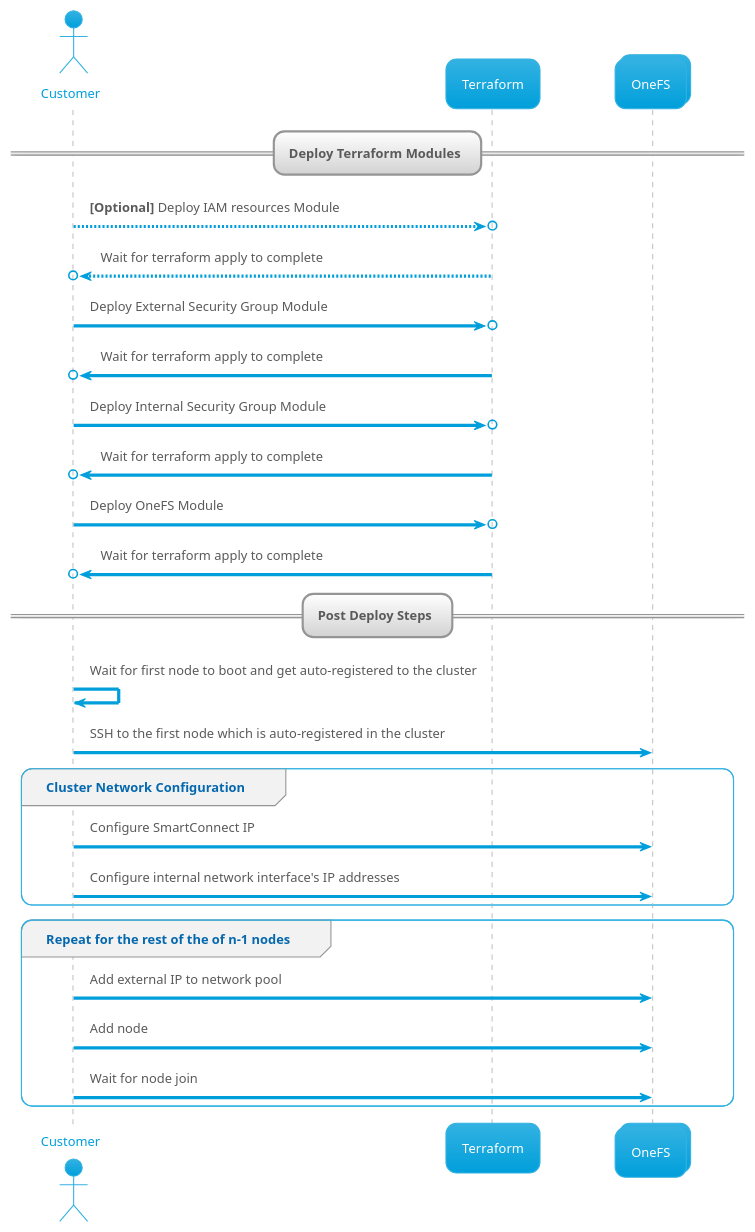
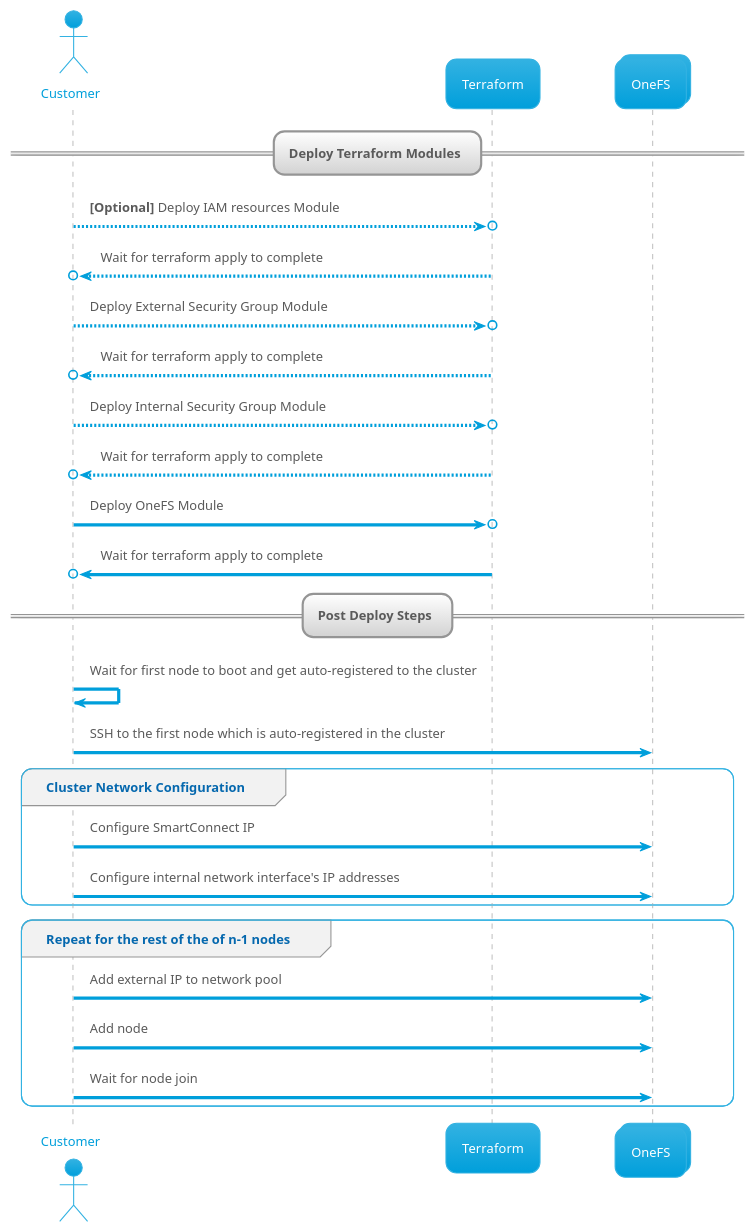
The diagram in examples/complete-onefs/images/create-powerscale-cluster.puml (dell/terraform-aws-onefs), drawn with PlantUML before and after one commit. The commit also changed 6 other files, not shown here.

```diff
--- a/examples/complete-onefs/images/create-powerscale-cluster.puml
+++ b/examples/complete-onefs/images/create-powerscale-cluster.puml
@@ -1,36 +1,36 @@
 @startuml add-node-sequence
 
 skinparam NoteBackgroundColor red
 !theme bluegray
 
 actor Customer
 
 participant Terraform
 collections OneFS
 
 == Deploy Terraform Modules ==
 Customer -->o Terraform: <b>[Optional]</b> Deploy IAM resources Module
 Terraform -->o  Customer: Wait for terraform apply to complete
-Customer ->o  Terraform: Deploy External Security Group Module
-Terraform ->o  Customer: Wait for terraform apply to complete
-Customer ->o  Terraform: Deploy Internal Security Group Module
-Terraform ->o  Customer: Wait for terraform apply to complete
+Customer -->o  Terraform: Deploy External Security Group Module
+Terraform -->o  Customer: Wait for terraform apply to complete
+Customer -->o  Terraform: Deploy Internal Security Group Module
+Terraform -->o  Customer: Wait for terraform apply to complete
 Customer ->o  Terraform: Deploy OneFS Module
 Terraform ->o  Customer: Wait for terraform apply to complete
 
 == Post Deploy Steps ==
 
 Customer -> Customer: Wait for first node to boot and get auto-registered to the cluster
 Customer -> OneFS: SSH to the first node which is auto-registered in the cluster
 group Cluster Network Configuration
     Customer -> OneFS : Configure SmartConnect IP
     Customer -> OneFS: Configure internal network interface's IP addresses
 end
 
 group Repeat for the rest of the of n-1 nodes
     Customer -> OneFS: Add external IP to network pool
     Customer -> OneFS: Add node
     Customer -> OneFS: Wait for node join
 end
 
 @enduml
```
